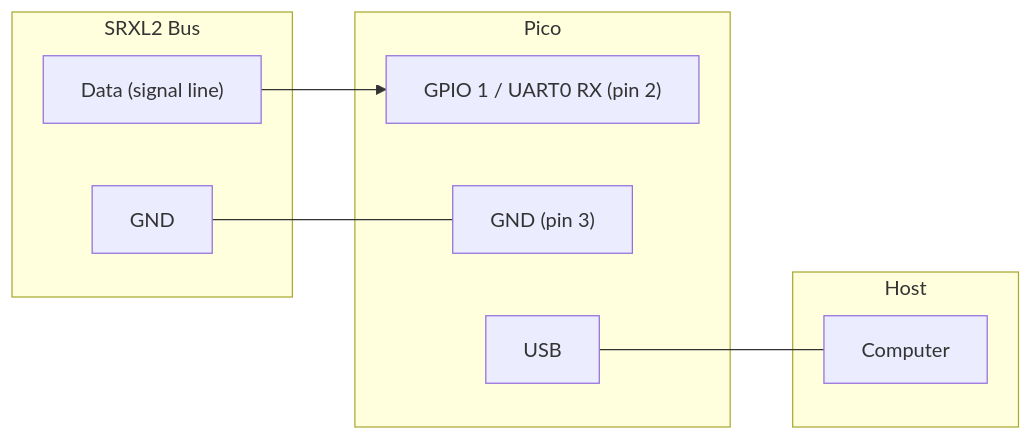
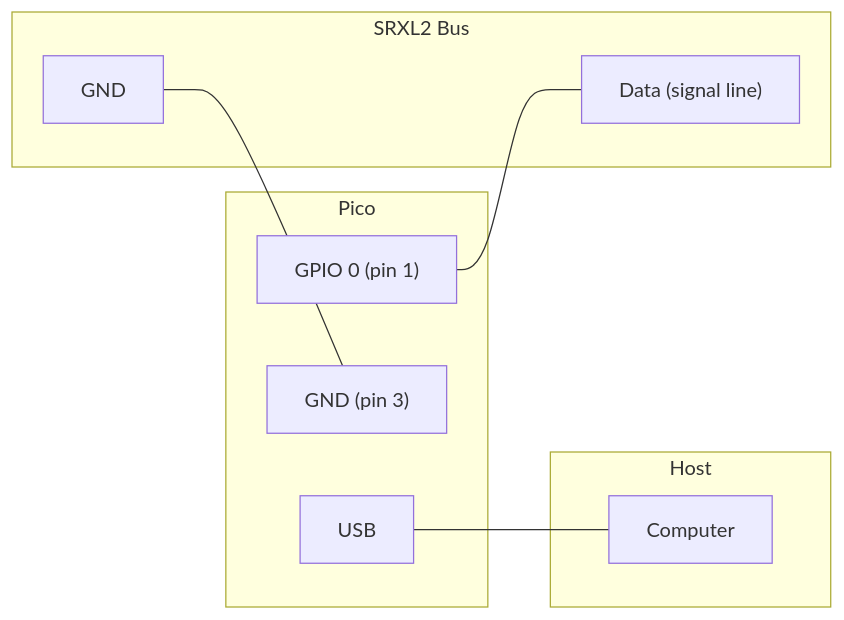
The first of 3 diagrams in embedded/README.md (iksaif/libsrxl2), drawn with Mermaid before and after one commit. The commit also changed other lines of this file and 2 other files, not shown here.

````diff
--- a/embedded/README.md
+++ b/embedded/README.md
@@ -47,18 +53,18 @@
 ```mermaid
 graph LR
     subgraph Pico
-        RX["GPIO 1 / UART0 RX (pin 2)"]
+        GPIO0["GPIO 0 (pin 1)"]
         GND_P["GND (pin 3)"]
         USB["USB"]
     end
     subgraph SRXL2 Bus
         DATA["Data (signal line)"]
         GND_B["GND"]
     end
     subgraph Host
         PC["Computer"]
     end
-    DATA --> RX
+    GPIO0 --- DATA
     GND_B --- GND_P
     USB --- PC
 ```
````
